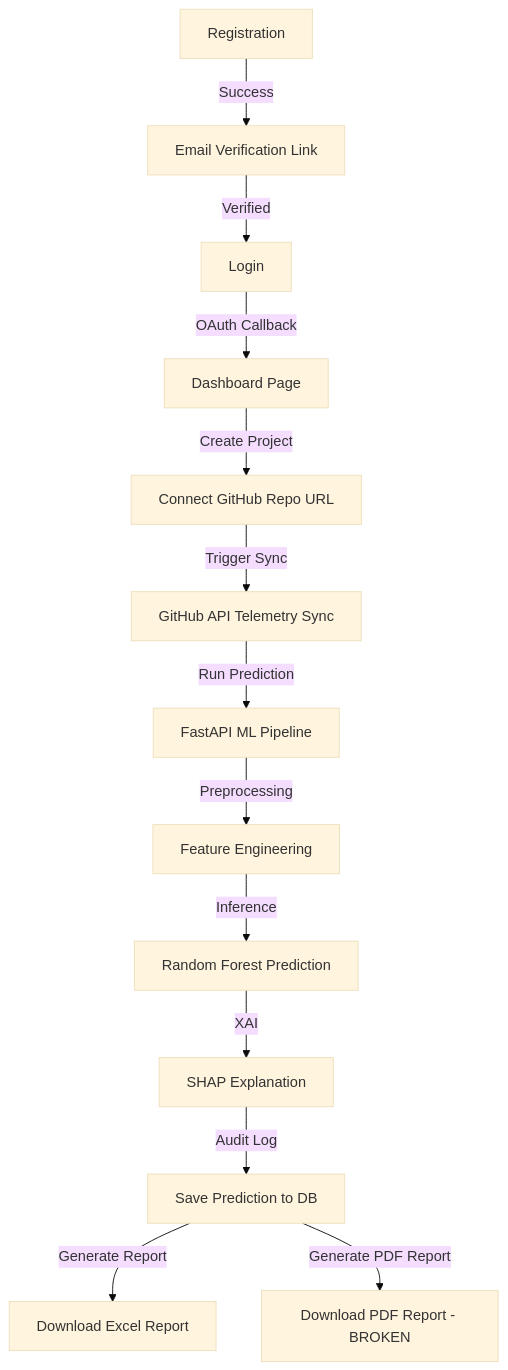
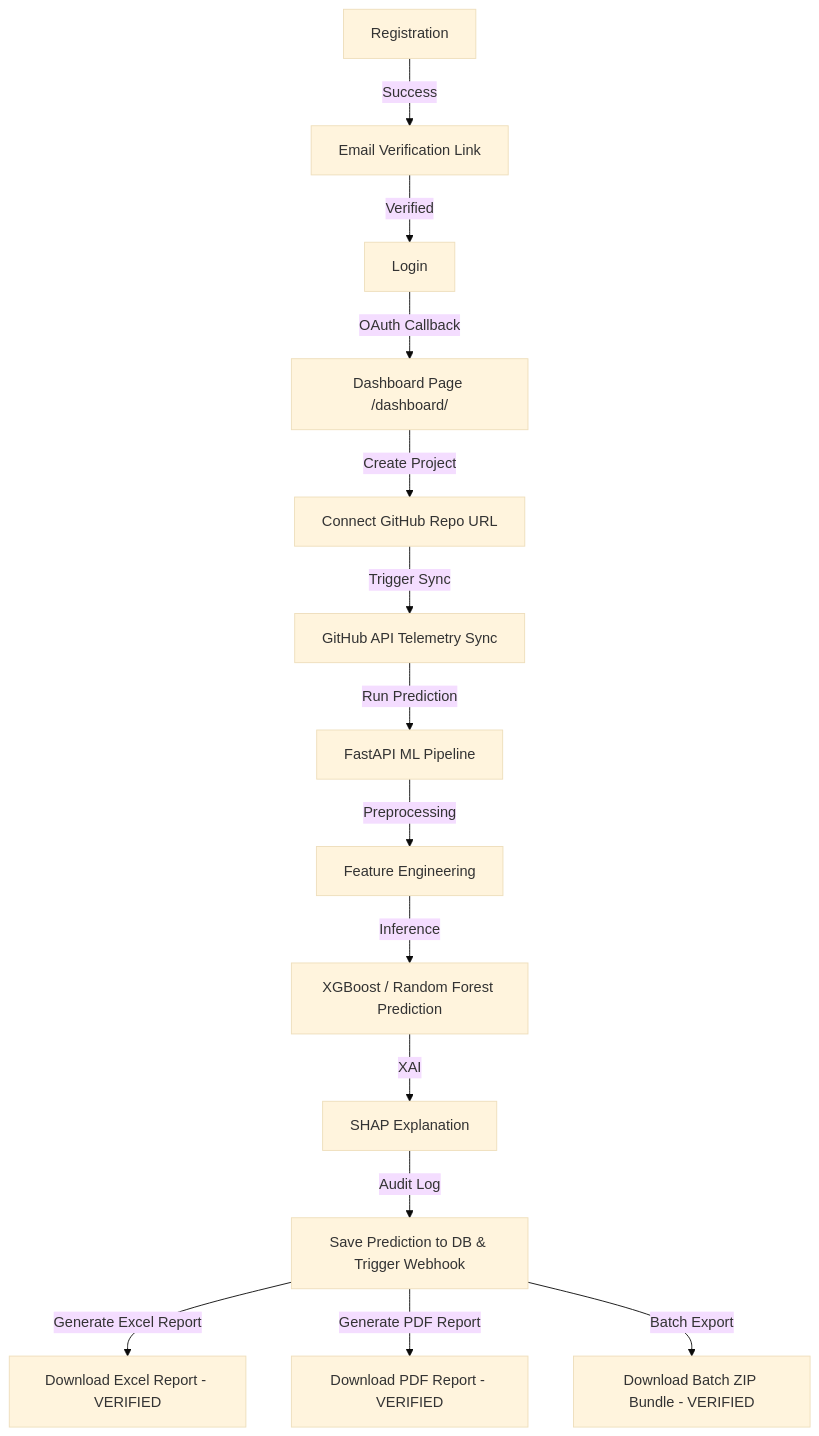
The diagram in PROJECT_COMPLETE_FUNCTIONALITY_AUDIT.md (vetri5678/RIVEXA-AI), drawn with Mermaid (base theme) before and after one commit. The commit also changed other lines of this file and 141 other files, not shown here.

````diff
--- a/PROJECT_COMPLETE_FUNCTIONALITY_AUDIT.md
+++ b/PROJECT_COMPLETE_FUNCTIONALITY_AUDIT.md
@@ -68,15 +56,16 @@
 ```mermaid
 flowchart TD
     A[Registration] -->|Success| B[Email Verification Link]
     B -->|Verified| C[Login]
-    C -->|OAuth Callback| D[Dashboard Page]
+    C -->|OAuth Callback| D[Dashboard Page /dashboard/]
     D -->|Create Project| E[Connect GitHub Repo URL]
     E -->|Trigger Sync| F[GitHub API Telemetry Sync]
     F -->|Run Prediction| G[FastAPI ML Pipeline]
     G -->|Preprocessing| H[Feature Engineering]
-    H -->|Inference| I[Random Forest Prediction]
+    H -->|Inference| I[XGBoost / Random Forest Prediction]
     I -->|XAI| J[SHAP Explanation]
-    J -->|Audit Log| K[Save Prediction to DB]
-    K -->|Generate Report| L[Download Excel Report]
-    K -->|Generate PDF Report| M[Download PDF Report - BROKEN]
+    J -->|Audit Log| K[Save Prediction to DB & Trigger Webhook]
+    K -->|Generate Excel Report| L[Download Excel Report - VERIFIED]
+    K -->|Generate PDF Report| M[Download PDF Report - VERIFIED]
+    K -->|Batch Export| N[Download Batch ZIP Bundle - VERIFIED]
 ```
````
